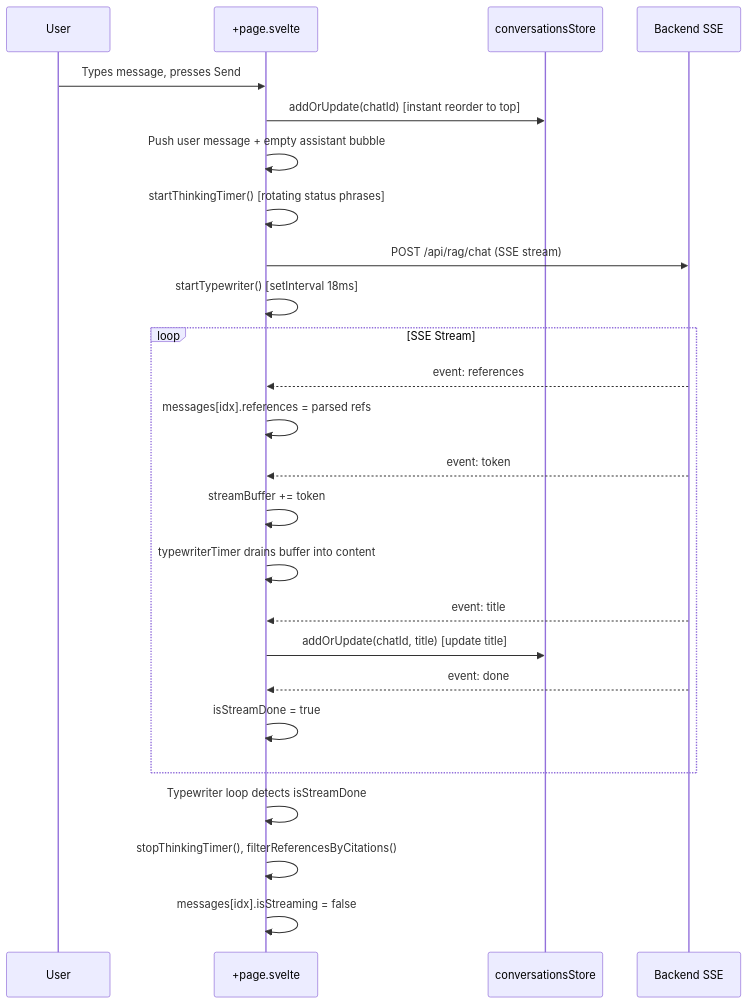
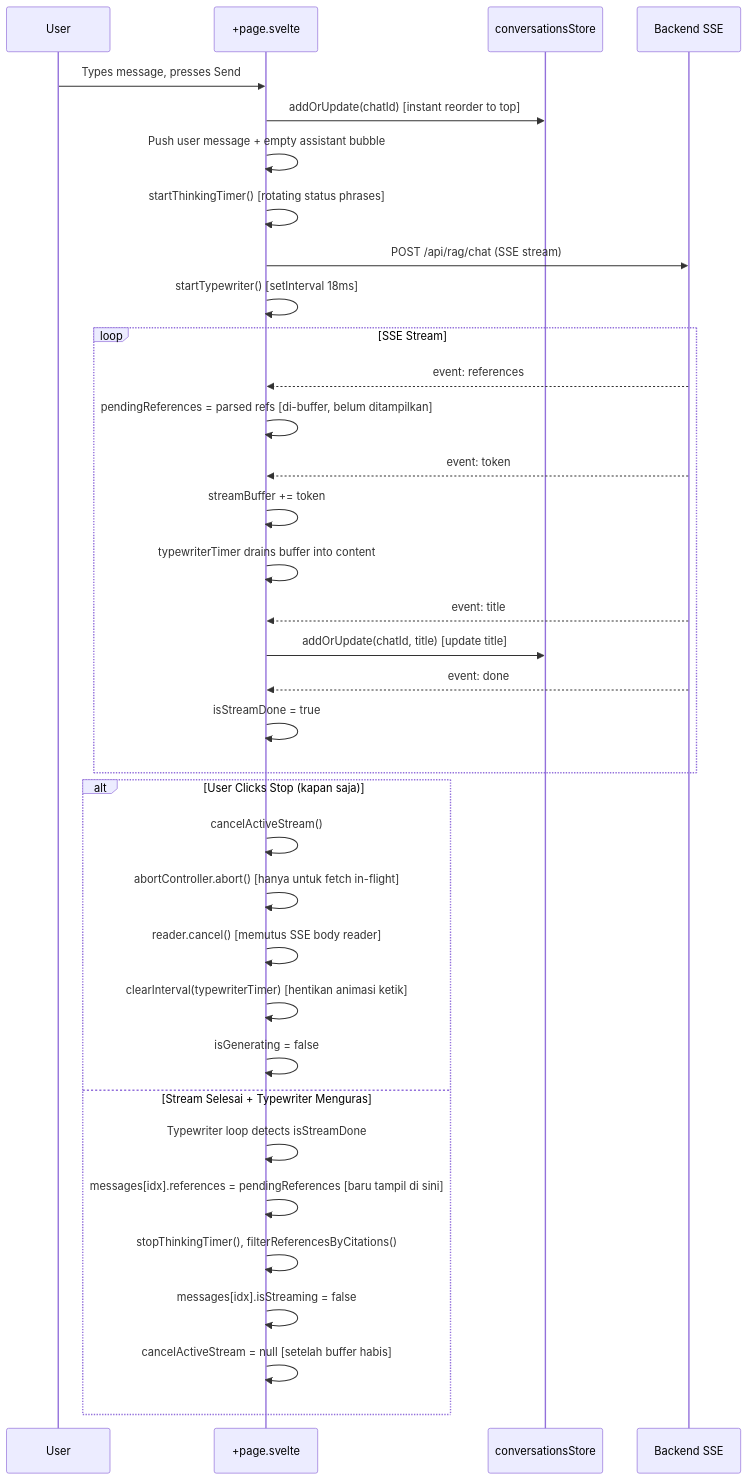
One commit to kanzhamada/Dokyudo changed the diagram in docs/frontend/app-chat-detail-enhancements.md. Above: the diagram before and after it, drawn with Mermaid. The commit also changed other lines of this file and 3 other files, not shown here.

First line of the commit message:
Harden stream cancellation with combined AbortSignal and live consumer detection

````diff
--- a/docs/frontend/app-chat-detail-enhancements.md
+++ b/docs/frontend/app-chat-detail-enhancements.md
@@ -37,30 +37,40 @@
 ```mermaid
 sequenceDiagram
     participant User
     participant page as +page.svelte
     participant store as conversationsStore
     participant Backend as Backend SSE
 
     User->>page: Types message, presses Send
     page->>store: addOrUpdate(chatId) [instant reorder to top]
     page->>page: Push user message + empty assistant bubble
     page->>page: startThinkingTimer() [rotating status phrases]
     page->>Backend: POST /api/rag/chat (SSE stream)
     page->>page: startTypewriter() [setInterval 18ms]
 
     loop SSE Stream
         Backend-->>page: event: references
-        page->>page: messages[idx].references = parsed refs
+        page->>page: pendingReferences = parsed refs [di-buffer, belum ditampilkan]
         Backend-->>page: event: token
         page->>page: streamBuffer += token
         page->>page: typewriterTimer drains buffer into content
         Backend-->>page: event: title
         page->>store: addOrUpdate(chatId, title) [update title]
         Backend-->>page: event: done
         page->>page: isStreamDone = true
     end
 
-    page->>page: Typewriter loop detects isStreamDone
-    page->>page: stopThinkingTimer(), filterReferencesByCitations()
-    page->>page: messages[idx].isStreaming = false
+    alt User Clicks Stop (kapan saja)
+        page->>page: cancelActiveStream()
+        page->>page: abortController.abort() [hanya untuk fetch in-flight]
+        page->>page: reader.cancel() [memutus SSE body reader]
+        page->>page: clearInterval(typewriterTimer) [hentikan animasi ketik]
+        page->>page: isGenerating = false
+    else Stream Selesai + Typewriter Menguras
+        page->>page: Typewriter loop detects isStreamDone
+        page->>page: messages[idx].references = pendingReferences [baru tampil di sini]
+        page->>page: stopThinkingTimer(), filterReferencesByCitations()
+        page->>page: messages[idx].isStreaming = false
+        page->>page: cancelActiveStream = null [setelah buffer habis]
+    end
 ```
````
